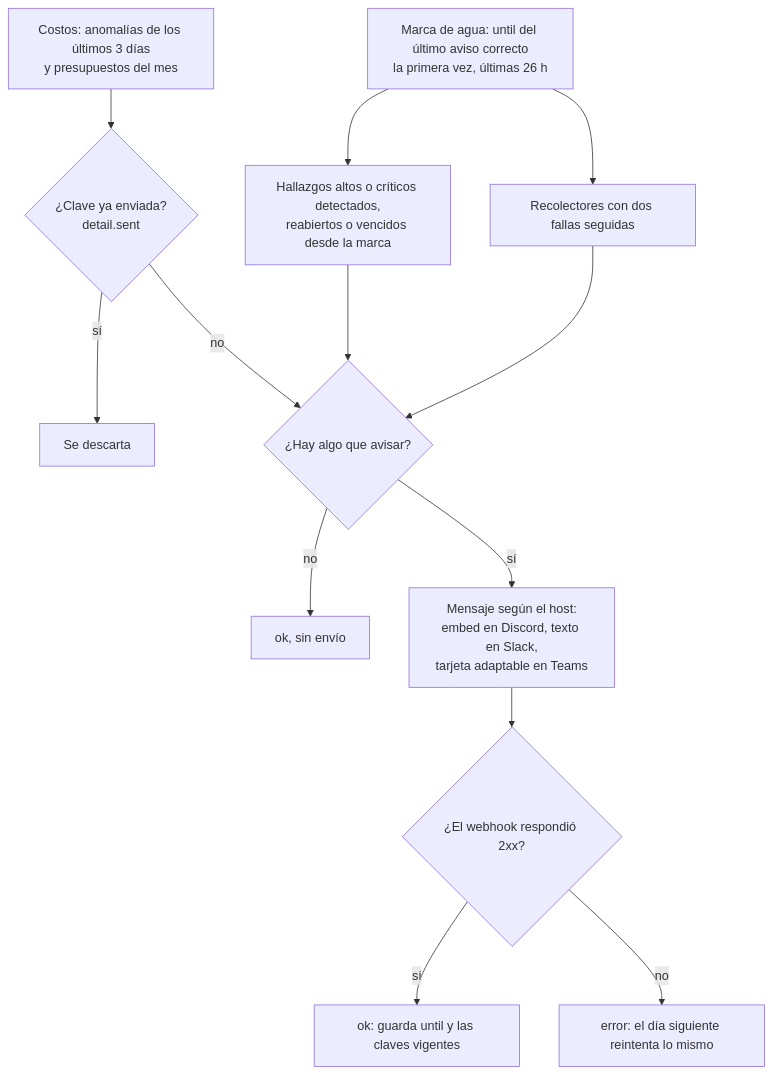
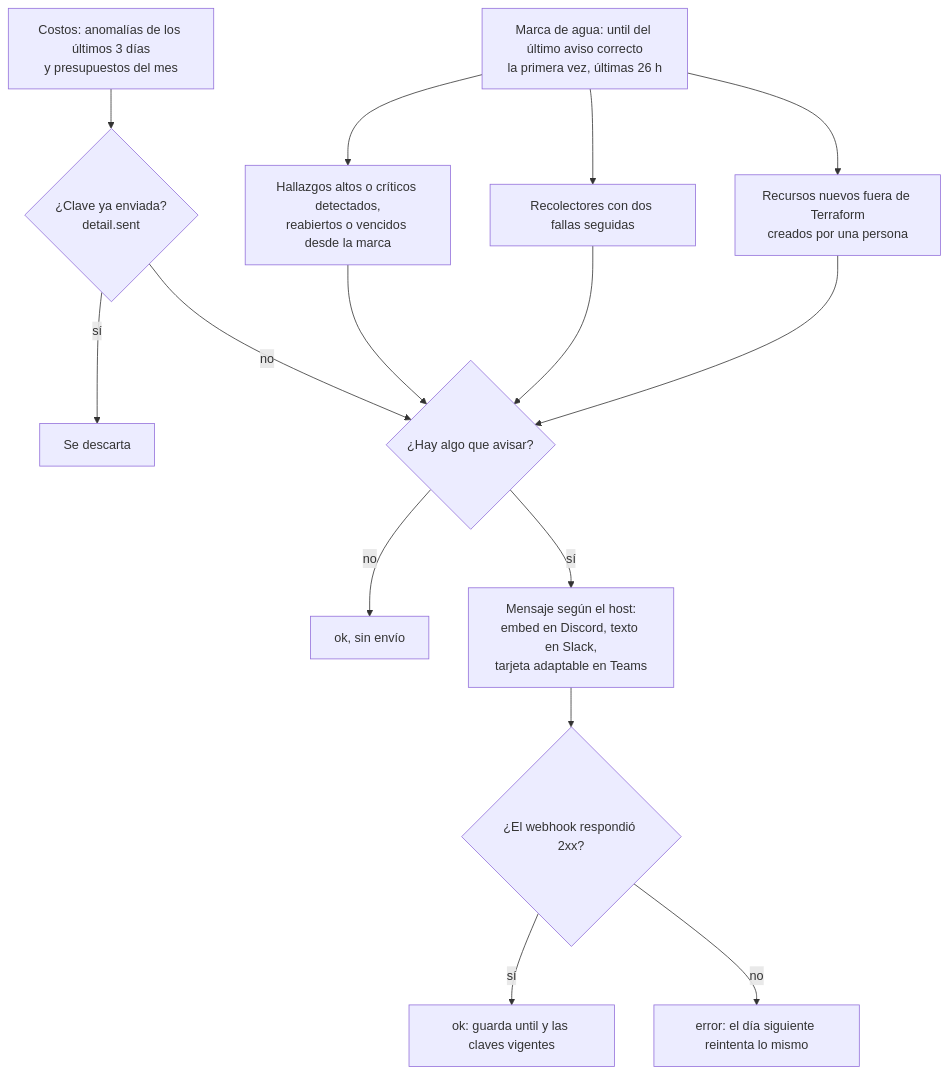
Before and after one commit to miguelortiz13/cloudops-copilot: the second of 5 diagrams in docs/flows.md, drawn with Mermaid. The commit also changed 5 other files, not shown here.

First line of the commit message:
feat(avisos): resource.unmanaged_created, recursos creados a mano fuera de Terraform

````diff
--- a/docs/flows.md
+++ b/docs/flows.md
@@ -35,14 +35,15 @@
 ```mermaid
 flowchart TD
     A[Marca de agua: until del último aviso correcto<br/>la primera vez, últimas 26 h] --> B[Hallazgos altos o críticos detectados,<br/>reabiertos o vencidos desde la marca]
     A --> C[Recolectores con dos fallas seguidas]
+    A --> U[Recursos nuevos fuera de Terraform<br/>creados por una persona]
     D[Costos: anomalías de los últimos 3 días<br/>y presupuestos del mes] --> E{¿Clave ya enviada?<br/>detail.sent}
     E -- sí --> X[Se descarta]
     E -- no --> F
-    B & C --> F{¿Hay algo que avisar?}
+    B & C & U --> F{¿Hay algo que avisar?}
     F -- no --> OK[ok, sin envío]
     F -- sí --> G[Mensaje según el host:<br/>embed en Discord, texto en Slack,<br/>tarjeta adaptable en Teams]
     G --> H{¿El webhook respondió 2xx?}
     H -- sí --> I[ok: guarda until y las claves vigentes]
     H -- no --> J[error: el día siguiente reintenta lo mismo]
 ```
````
